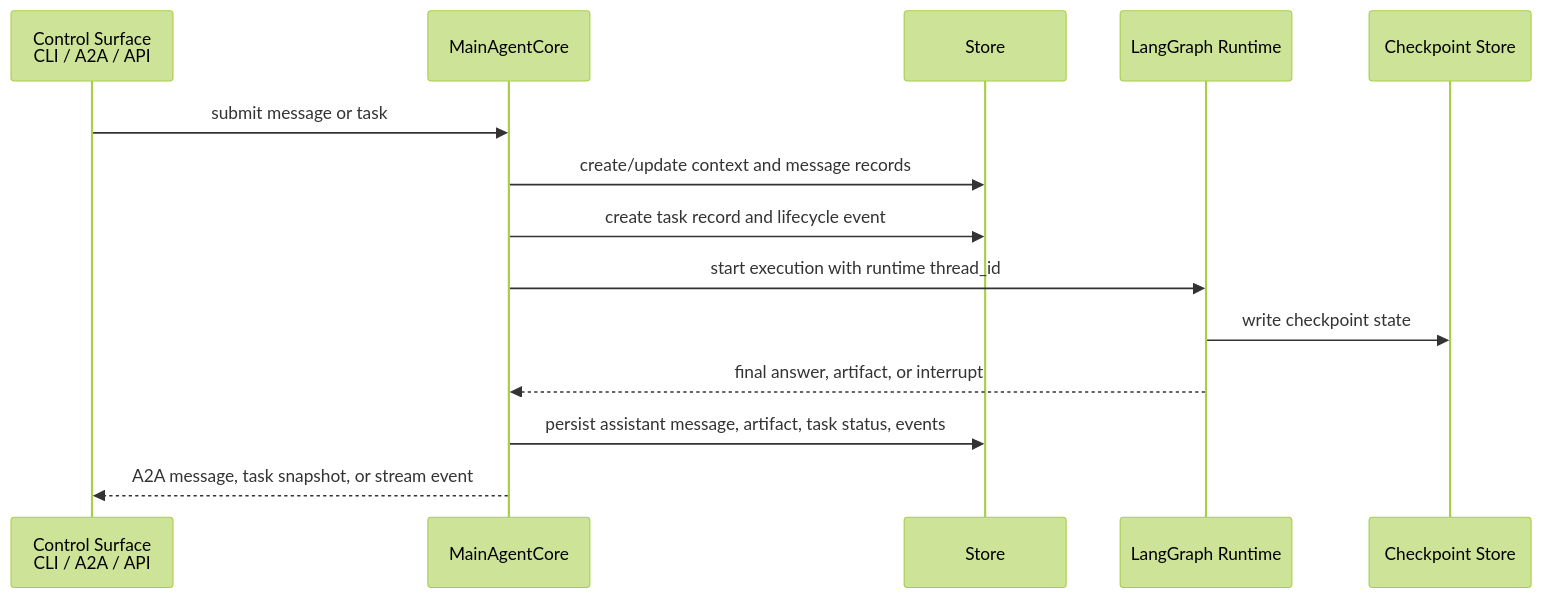
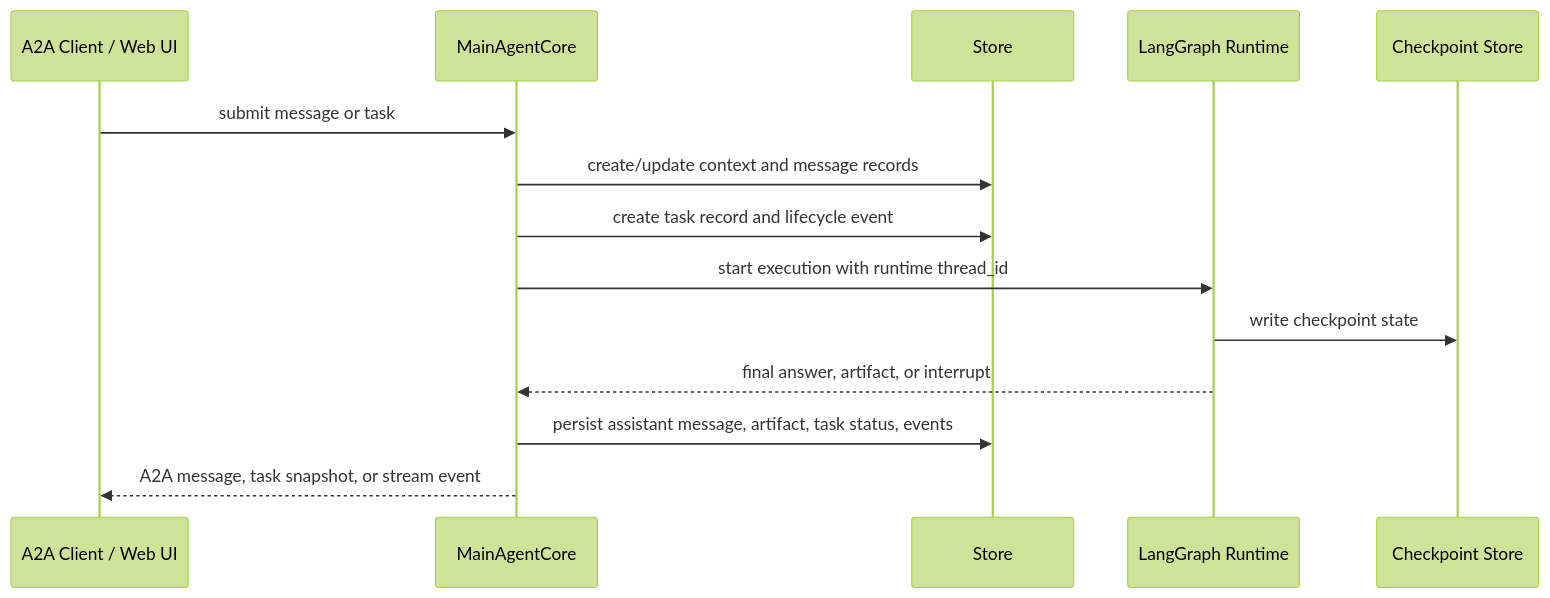
One commit to phzou-ai/mini-agent changed the second of 3 diagrams in README.md. Above: the diagram before and after it, drawn with Mermaid (forest theme). The commit also changed other lines of this file and 5 other files, not shown here.

Commit message:
docs: align architecture with current runtime

````diff
--- a/README.md
+++ b/README.md
@@ -76,17 +84,17 @@
 ```mermaid
 sequenceDiagram
-  participant C as Control Surface<br/>CLI / A2A / API
+  participant C as A2A Client / Web UI
   participant M as MainAgentCore
   participant S as Store
   participant R as LangGraph Runtime
   participant K as Checkpoint Store
 
   C->>M: submit message or task
   M->>S: create/update context and message records
   M->>S: create task record and lifecycle event
   M->>R: start execution with runtime thread_id
   R->>K: write checkpoint state
   R-->>M: final answer, artifact, or interrupt
   M->>S: persist assistant message, artifact, task status, events
   M-->>C: A2A message, task snapshot, or stream event
 ```
````
